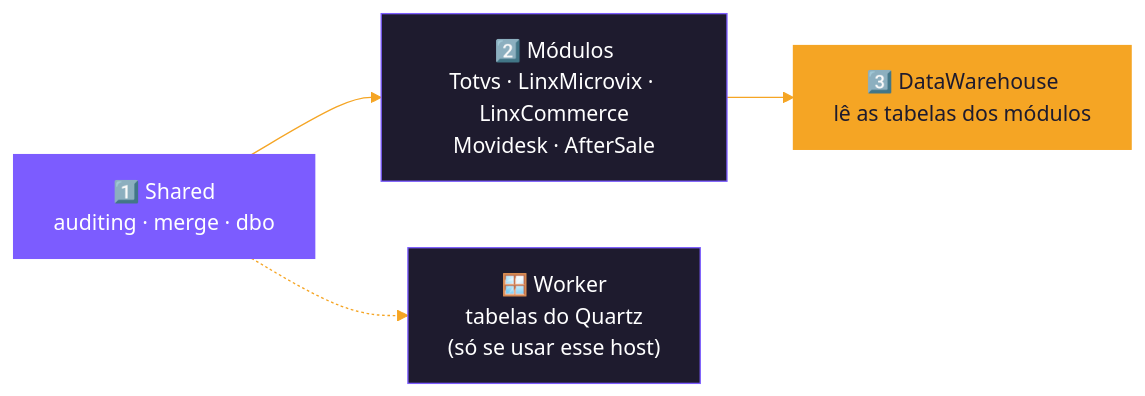
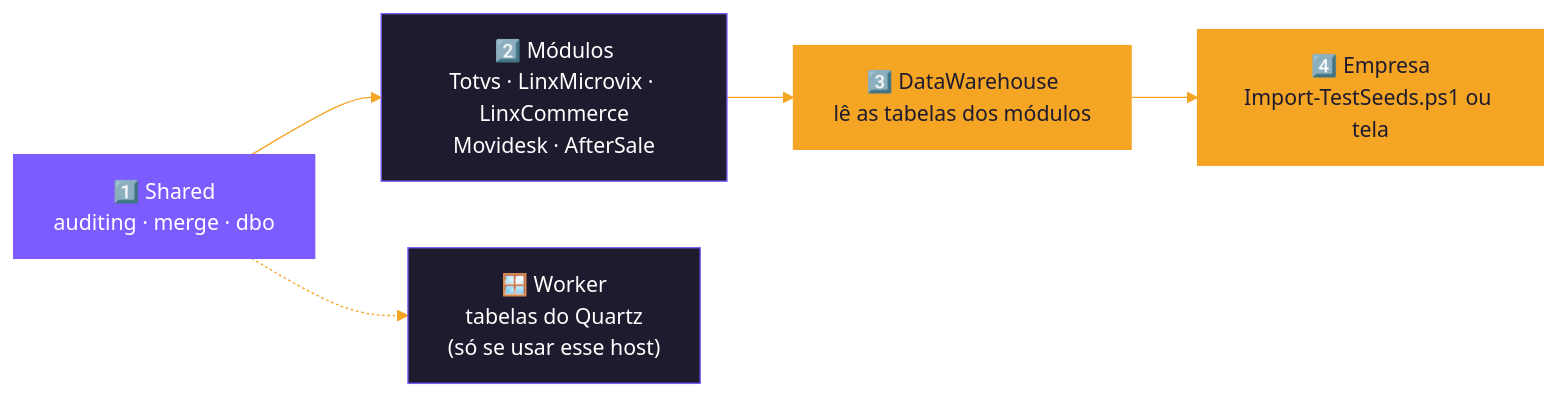
Before and after one commit to cayo-kume/extract-transform-load-integrations-system: the tenth of 11 diagrams in README.md, drawn with Mermaid. The commit also changed other lines of this file and 17 other files, not shown here.

````diff
--- a/README.md
+++ b/README.md
@@ -473,12 +604,13 @@
 ```mermaid
 %%{init: {'theme':'base','themeVariables':{'primaryColor':'#1e1b2e','primaryTextColor':'#ffffff','primaryBorderColor':'#7c5cff','lineColor':'#f5a524','textColor':'#1e1b2e','clusterBkg':'#f5f3ff','clusterBorder':'#7c5cff','titleColor':'#1e1b2e','edgeLabelBackground':'#1e1b2e'}}}%%
 flowchart LR
     SH["1️⃣ Shared<br/>auditing · merge · dbo"] --> MOD["2️⃣ Módulos<br/>Totvs · LinxMicrovix · LinxCommerce<br/>Movidesk · AfterSale"]
     MOD --> DW["3️⃣ DataWarehouse<br/>lê as tabelas dos módulos"]
+    DW --> SEED["4️⃣ Empresa<br/>Import-TestSeeds.ps1 ou tela"]
     SH -.-> WK["🪟 Worker<br/>tabelas do Quartz<br/>(só se usar esse host)"]
 
     classDef accent fill:#7c5cff,stroke:#7c5cff,color:#ffffff
     classDef warm fill:#f5a524,stroke:#f5a524,color:#1e1b2e
     class SH accent
-    class DW warm
+    class DW,SEED warm
 ```
````
